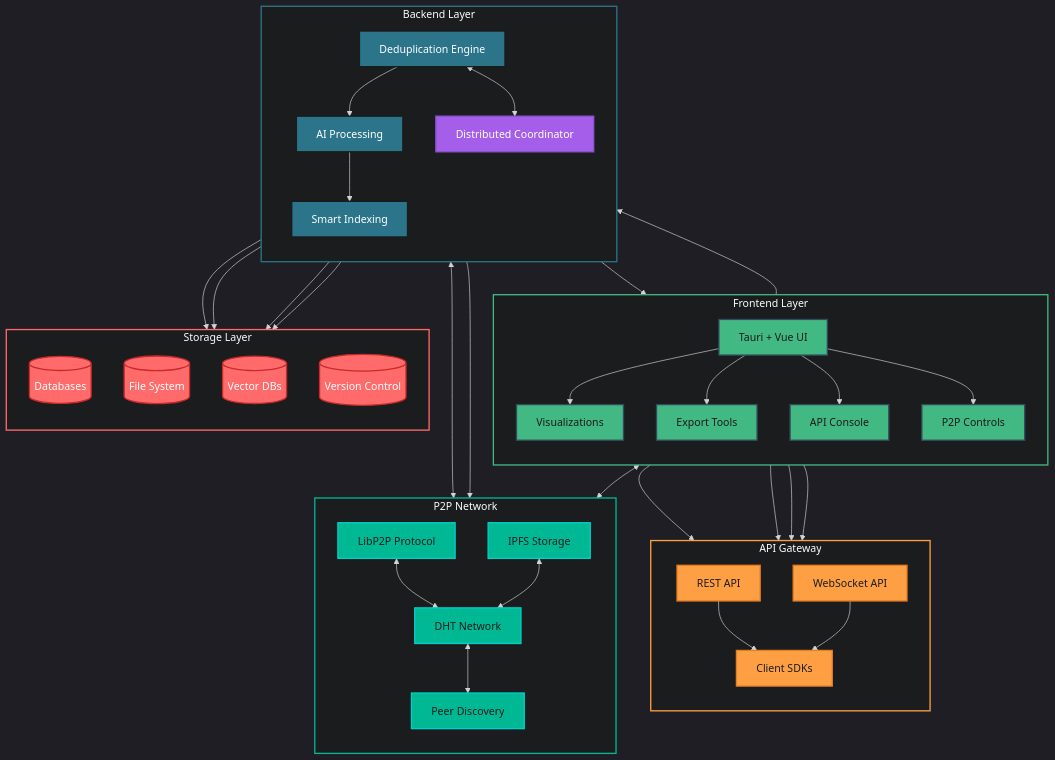
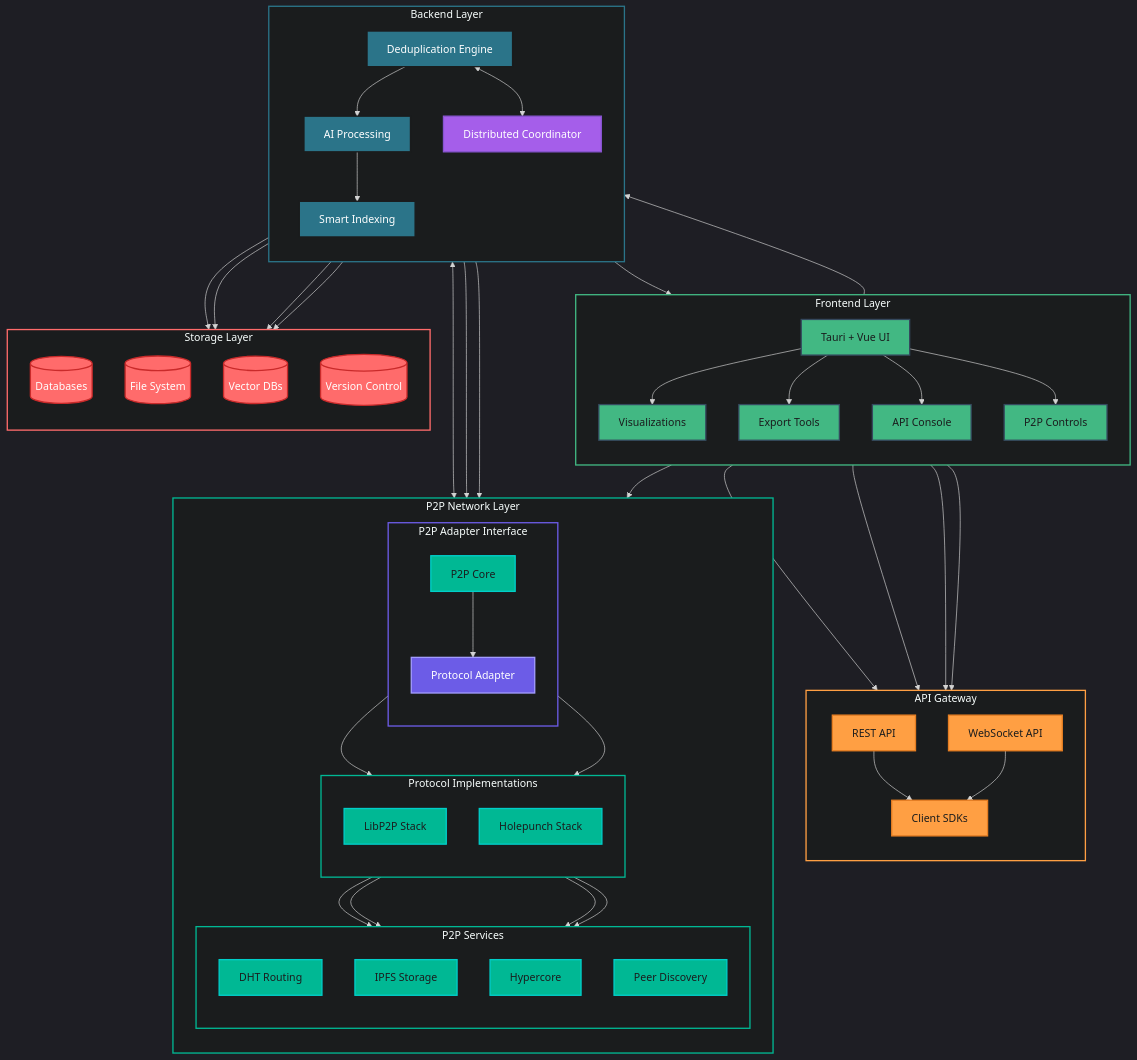
One commit to jermsam/jdeduplix changed the first of 2 diagrams in ReadMe.md. Above: the diagram before and after it, drawn with Mermaid. The commit also changed other lines of this file, not shown here.

Commit message:
broken down diagram for clarity

````diff
--- a/ReadMe.md
+++ b/ReadMe.md
@@ -15,6 +15,7 @@
     classDef api fill:#ff9f43,stroke:#e67e22,stroke-width:2px,color:#1a1c1d
     classDef dist fill:#a55eea,stroke:#8854d0,stroke-width:2px,color:white
     classDef p2p fill:#00b894,stroke:#00cec9,stroke-width:2px,color:#1a1c1d
+    classDef adapter fill:#6c5ce7,stroke:#a29bfe,stroke-width:2px,color:white
 
     subgraph FE[Frontend Layer]
         direction TB
@@ -48,12 +49,28 @@
         SDK[Client SDKs]:::api
     end
 
-    subgraph P2P[P2P Network]
+    subgraph P2P[P2P Network Layer]
         direction TB
-        DHT[DHT Network]:::p2p
-        IPFS[IPFS Storage]:::p2p
-        LIBP2P[LibP2P Protocol]:::p2p
-        DISCO[Peer Discovery]:::p2p
+        
+        subgraph P2PA[P2P Adapter Interface]
+            direction TB
+            PCORE[P2P Core]:::p2p
+            PADAPT[Protocol Adapter]:::adapter
+        end
+
+        subgraph PROT[Protocol Implementations]
+            direction TB
+            LP2P[LibP2P Stack]:::p2p
+            HOLE[Holepunch Stack]:::p2p
+        end
+
+        subgraph SERV[P2P Services]
+            direction TB
+            DHT[DHT Routing]:::p2p
+            IPFS[IPFS Storage]:::p2p
+            HYPER[Hypercore]:::p2p
+            DISCO[Peer Discovery]:::p2p
+        end
     end
 
     UI --> DE
@@ -69,16 +86,20 @@
     REST & WS --> SDK
 
     %% P2P Connections
-    P2PC <--> LIBP2P
-    LIBP2P <--> DHT
-    DHT <--> DISCO
-    IPFS <--> DHT
-    DE <--> LIBP2P
-    IDX --> IPFS
+    P2PC --> PCORE
+    PCORE --> PADAPT
+    PADAPT --> LP2P & HOLE
+    LP2P --> DHT & IPFS
+    HOLE --> HYPER & DISCO
+    DE <--> PCORE
+    IDX --> IPFS & HYPER
 
     style FE fill:#1a1c1d,stroke:#42b883,stroke-width:2px
     style BE fill:#1a1c1d,stroke:#2b7489,stroke-width:2px
     style ST fill:#1a1c1d,stroke:#ff6b6b,stroke-width:2px
     style AG fill:#1a1c1d,stroke:#ff9f43,stroke-width:2px
     style P2P fill:#1a1c1d,stroke:#00b894,stroke-width:2px
+    style P2PA fill:#1a1c1d,stroke:#6c5ce7,stroke-width:2px
+    style PROT fill:#1a1c1d,stroke:#00b894,stroke-width:2px
+    style SERV fill:#1a1c1d,stroke:#00b894,stroke-width:2px
 ```
````
